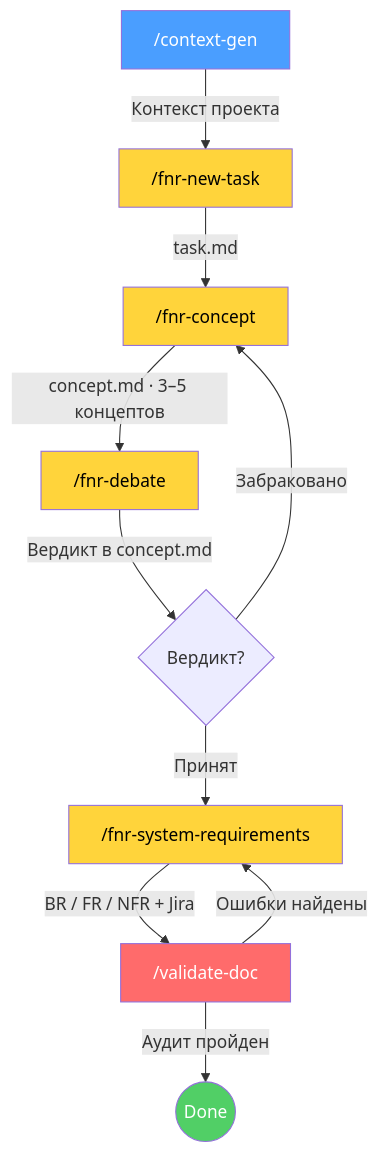
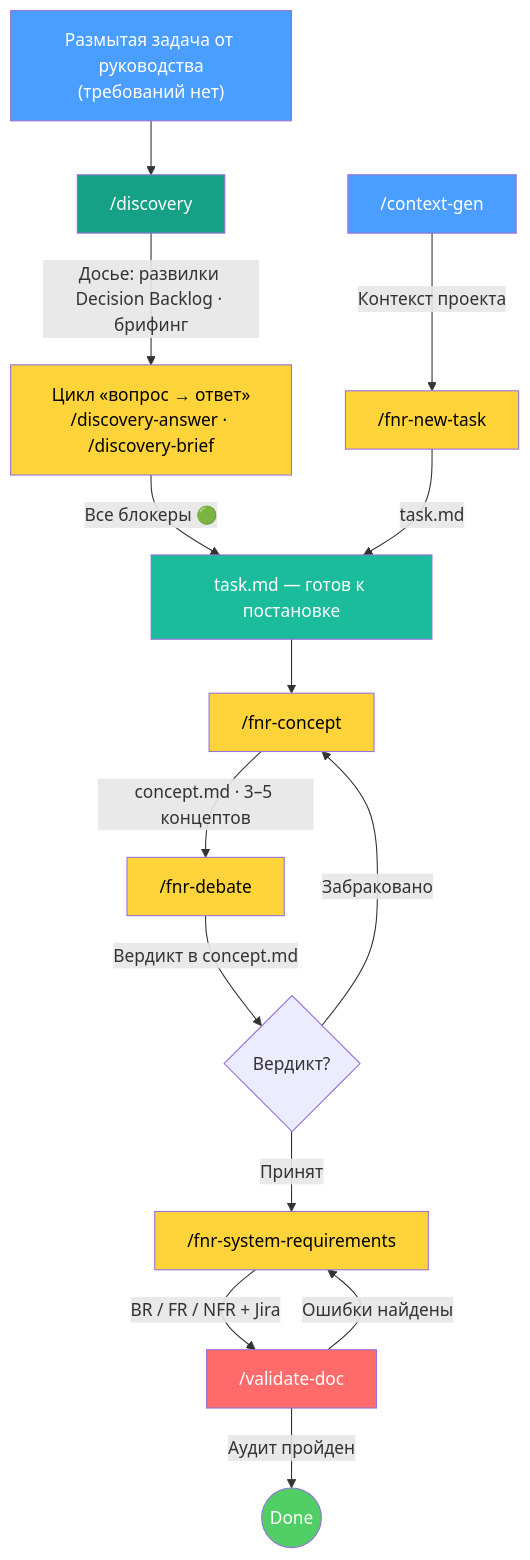
The second of 4 diagrams in README.md (boboden541/sa-helper), drawn with Mermaid before and after one commit. The commit also changed other lines of this file, not shown here.

Commit message:
README: у FNR Pipeline два входа — анализ проблемы (/fnr-new-task) и discovery-этапы
- Процесс 2: диаграмма теперь показывает оба входа (понятная задача → /fnr-new-task; размытая → /discovery с циклом /discovery-answer · /discovery-brief), сходящиеся в task.md → /fnr-concept
- Практика: вход через Discovery отмечен в пути «от проблемы до СТ», после Discovery — ссылка на общее продолжение (debate → requirements → validate)

````diff
--- a/README.md
+++ b/README.md
@@ -158,22 +165,31 @@
 ```mermaid
 flowchart TD
     A["/context-gen"] -->|"Контекст проекта"| B["/fnr-new-task"]
-    B -->|"task.md"| C["/fnr-concept"]
-    C -->|"concept.md · 3–5 концептов"| D["/fnr-debate"]
-    D -->|"Вердикт в concept.md"| E{Вердикт?}
+    T["Размытая задача от руководства<br/>(требований нет)"] --> D["/discovery"]
+    D -->|"Досье: развилки Decision Backlog · брифинг"| Q["Цикл «вопрос → ответ»<br/>/discovery-answer · /discovery-brief"]
+    Q -->|"Все блокеры 🟢"| T2["task.md — готов к постановке"]
+    B -->|"task.md"| T2
+
+    T2 --> C["/fnr-concept"]
+    C -->|"concept.md · 3–5 концептов"| DD["/fnr-debate"]
+    DD -->|"Вердикт в concept.md"| E{Вердикт?}
 
     E -->|"Принят"| F["/fnr-system-requirements"]
     E -->|"Забраковано"| C
 
     F -->|"BR / FR / NFR + Jira"| G["/validate-doc"]
     G -->|"Аудит пройден"| H(("Done"))
     G -->|"Ошибки найдены"| F
 
     style A fill:#4a9eff,color:#fff
+    style T fill:#4a9eff,color:#fff
+    style D fill:#16a085,color:#fff
+    style Q fill:#ffd43b,color:#000
     style B fill:#ffd43b,color:#000
+    style T2 fill:#1abc9c,color:#fff
     style C fill:#ffd43b,color:#000
-    style D fill:#ffd43b,color:#000
+    style DD fill:#ffd43b,color:#000
     style F fill:#ffd43b,color:#000
     style G fill:#ff6b6b,color:#fff
     style H fill:#51cf66,color:#fff
 ```
````
